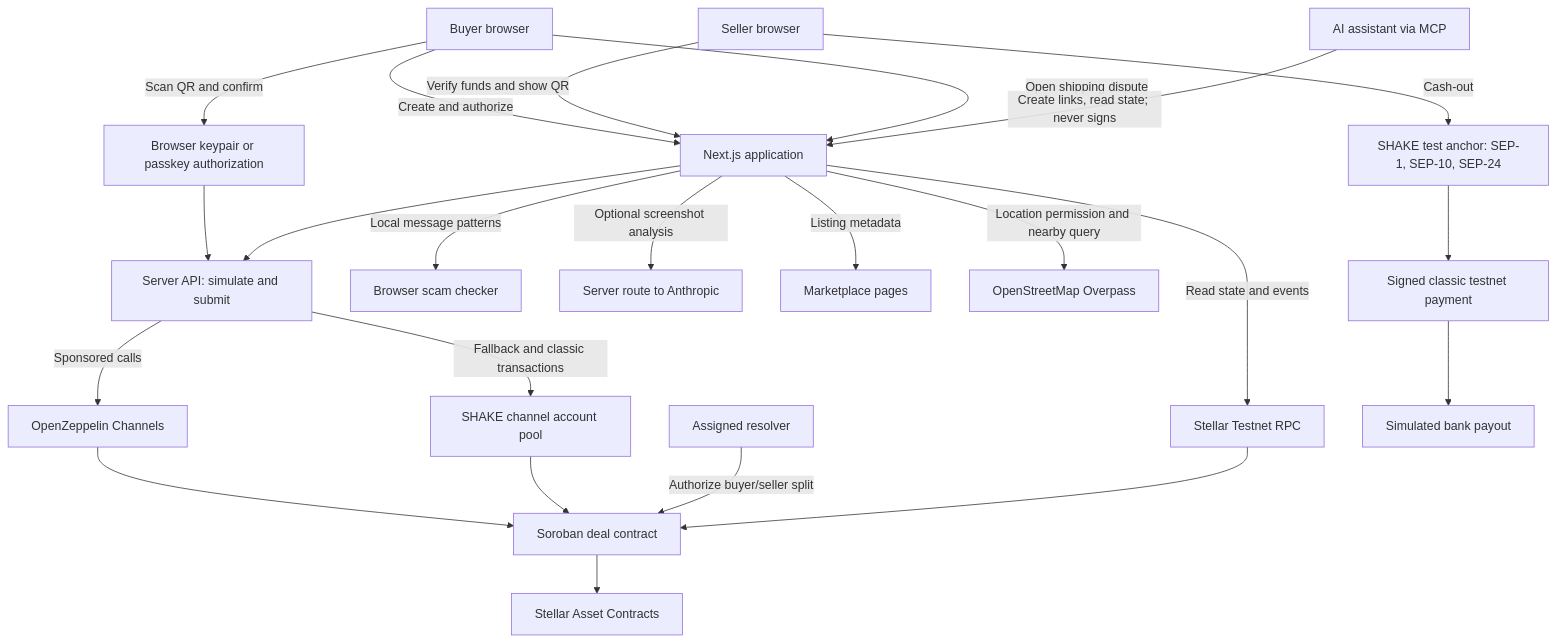
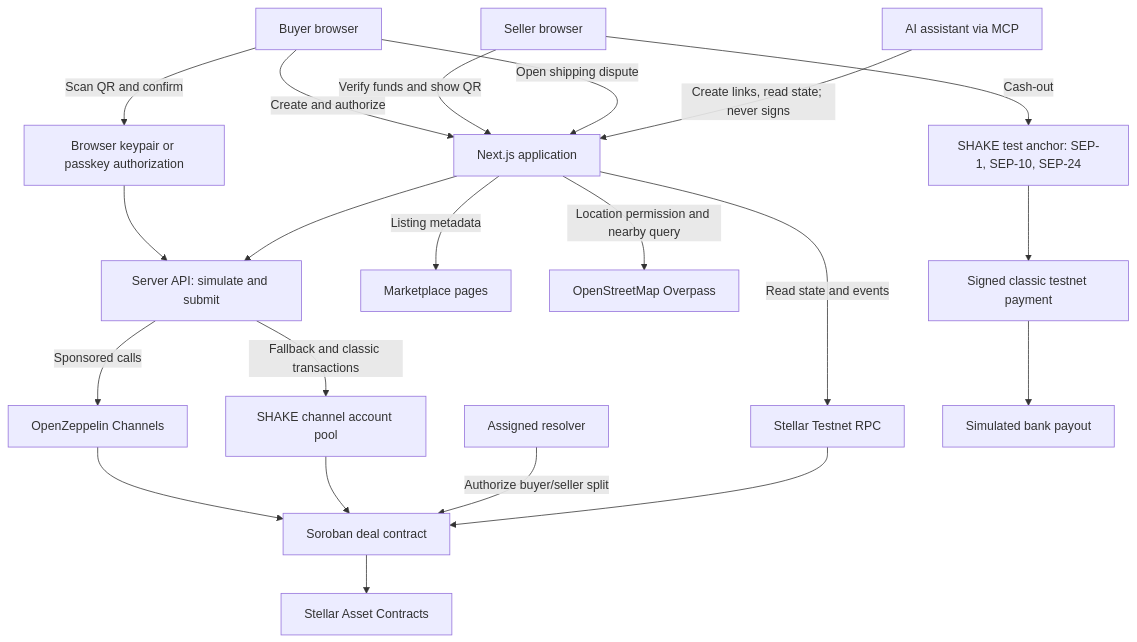
One commit to franciscogfsm/shake changed the first of 2 diagrams in README.md. Above: the diagram before and after it, drawn with Mermaid. The commit also changed other lines of this file and 17 other files, not shown here.

````diff
--- a/README.md
+++ b/README.md
@@ -205,25 +180,23 @@
 ```mermaid
 flowchart TD
     Buyer[Buyer browser] -->|Create and authorize| App[Next.js application]
     Seller[Seller browser] -->|Verify funds and show QR| App
     Buyer -->|Scan QR and confirm| Auth[Browser keypair or passkey authorization]
     Auth --> API[Server API: simulate and submit]
     App --> API
     API -->|Sponsored calls| Channels[OpenZeppelin Channels]
     API -->|Fallback and classic transactions| Pool[SHAKE channel account pool]
     Channels --> Contract[Soroban deal contract]
     Pool --> Contract
     Contract --> Assets[Stellar Asset Contracts]
     Buyer -->|Open shipping dispute| App
     Resolver[Assigned resolver] -->|Authorize buyer/seller split| Contract
     App -->|Read state and events| RPC[Stellar Testnet RPC]
     RPC --> Contract
-    App -->|Local message patterns| Check[Browser scam checker]
-    App -->|Optional screenshot analysis| Vision[Server route to Anthropic]
     App -->|Listing metadata| Listings[Marketplace pages]
     App -->|Location permission and nearby query| Maps[OpenStreetMap Overpass]
     Agent[AI assistant via MCP] -->|Create links, read state; never signs| App
     Seller -->|Cash-out| Anchor[SHAKE test anchor: SEP-1, SEP-10, SEP-24]
     Anchor --> Payment[Signed classic testnet payment]
     Payment --> Bank[Simulated bank payout]
 ```
````
